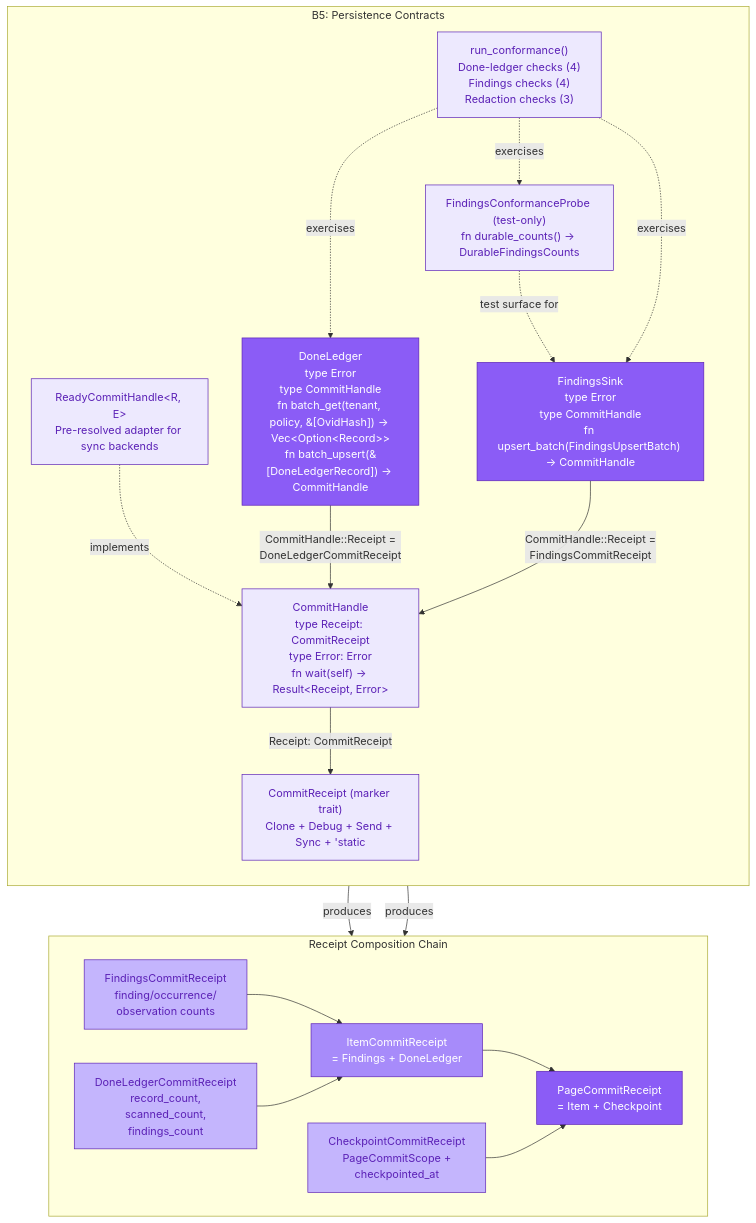
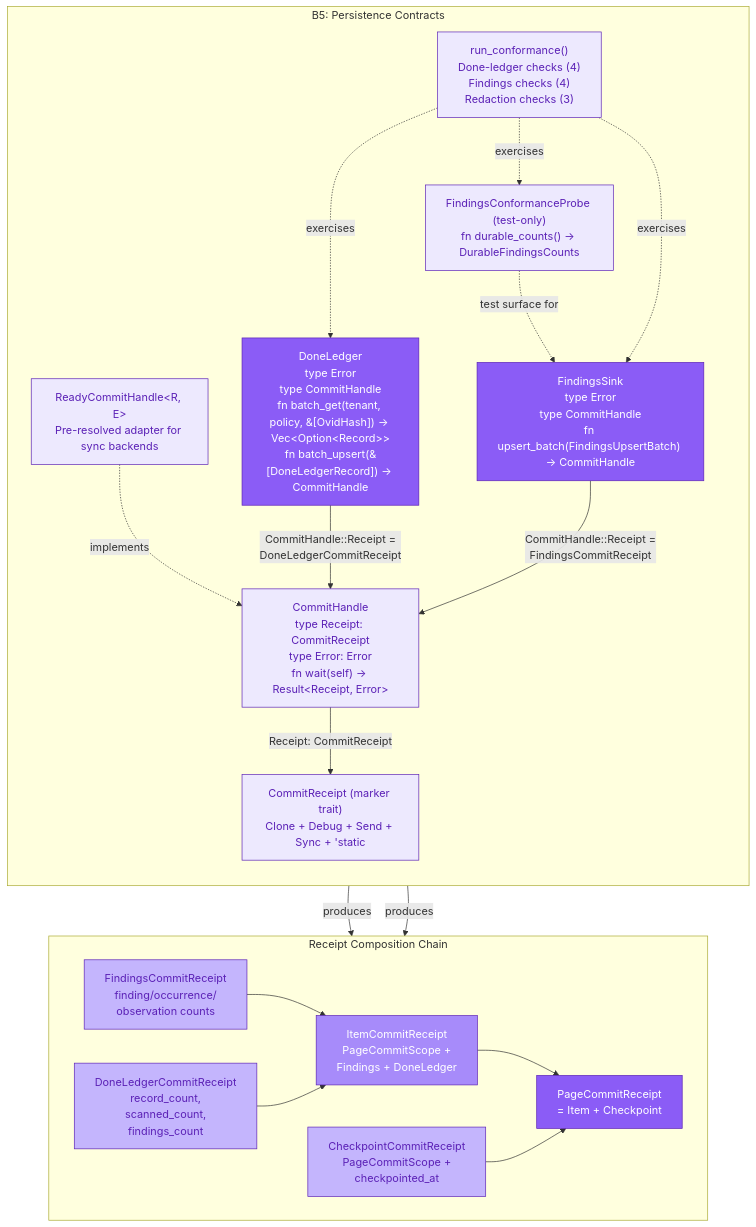
One commit to ahrav/Gossip-rs changed the first of 6 diagrams in diagrams/19-persistence-contracts.md. Above: the diagram before and after it, drawn with Mermaid. The commit also changed other lines of this file and 2 other files, not shown here.

First line of the commit message:
Update done ledger documentation and lattice description

````diff
--- a/diagrams/19-persistence-contracts.md
+++ b/diagrams/19-persistence-contracts.md
@@ -47,58 +47,58 @@
 ```mermaid
 %% Diagram: persistence-trait-hierarchy
 graph TB
     subgraph traits ["B5: Persistence Contracts"]
         direction TB
 
         CR["CommitReceipt (marker trait)<br/>Clone + Debug + Send + Sync + 'static"]
         CH["CommitHandle<br/>type Receipt: CommitReceipt<br/>type Error: Error<br/>fn wait(self) → Result&lt;Receipt, Error&gt;"]
         RCH["ReadyCommitHandle&lt;R, E&gt;<br/>Pre-resolved adapter for sync backends"]
 
         DL["DoneLedger<br/>type Error<br/>type CommitHandle<br/>fn batch_get(tenant, policy, &amp;[OvidHash]) → Vec&lt;Option&lt;Record&gt;&gt;<br/>fn batch_upsert(&amp;[DoneLedgerRecord]) → CommitHandle"]
         FS["FindingsSink<br/>type Error<br/>type CommitHandle<br/>fn upsert_batch(FindingsUpsertBatch) → CommitHandle"]
         FCP["FindingsConformanceProbe (test-only)<br/>fn durable_counts() → DurableFindingsCounts"]
 
         CONF["run_conformance()<br/>Done-ledger checks (4)<br/>Findings checks (4)<br/>Redaction checks (3)"]
 
         CH -->|"Receipt: CommitReceipt"| CR
         RCH -.->|"implements"| CH
         DL -->|"CommitHandle::Receipt =<br/>DoneLedgerCommitReceipt"| CH
         FS -->|"CommitHandle::Receipt =<br/>FindingsCommitReceipt"| CH
         FCP -.->|"test surface for"| FS
         CONF -.->|"exercises"| DL
         CONF -.->|"exercises"| FS
         CONF -.->|"exercises"| FCP
     end
 
     subgraph receipts ["Receipt Composition Chain"]
         direction LR
 
         FCR["FindingsCommitReceipt<br/>finding/occurrence/<br/>observation counts"]
         DLCR["DoneLedgerCommitReceipt<br/>record_count,<br/>scanned_count,<br/>findings_count"]
         CCR["CheckpointCommitReceipt<br/>PageCommitScope +<br/>checkpointed_at"]
-        ICR["ItemCommitReceipt<br/>= Findings + DoneLedger"]
+        ICR["ItemCommitReceipt<br/>PageCommitScope +<br/>Findings + DoneLedger"]
         PCR["PageCommitReceipt<br/>= Item + Checkpoint"]
 
         FCR --> ICR
         DLCR --> ICR
         ICR --> PCR
         CCR --> PCR
     end
 
     FS -->|"produces"| FCR
     DL -->|"produces"| DLCR
 
     style CR fill:#EDE9FE,stroke:#5B21B6,color:#5B21B6
     style CH fill:#EDE9FE,stroke:#5B21B6,color:#5B21B6
     style RCH fill:#EDE9FE,stroke:#5B21B6,color:#5B21B6
     style DL fill:#8B5CF6,stroke:#5B21B6,color:#FFF
     style FS fill:#8B5CF6,stroke:#5B21B6,color:#FFF
     style FCP fill:#EDE9FE,stroke:#5B21B6,color:#5B21B6
     style CONF fill:#EDE9FE,stroke:#5B21B6,color:#5B21B6
 
     style FCR fill:#C4B5FD,stroke:#5B21B6,color:#5B21B6
     style DLCR fill:#C4B5FD,stroke:#5B21B6,color:#5B21B6
     style CCR fill:#C4B5FD,stroke:#5B21B6,color:#5B21B6
     style ICR fill:#A78BFA,stroke:#5B21B6,color:#FFF
     style PCR fill:#8B5CF6,stroke:#5B21B6,color:#FFF
 ```
````
